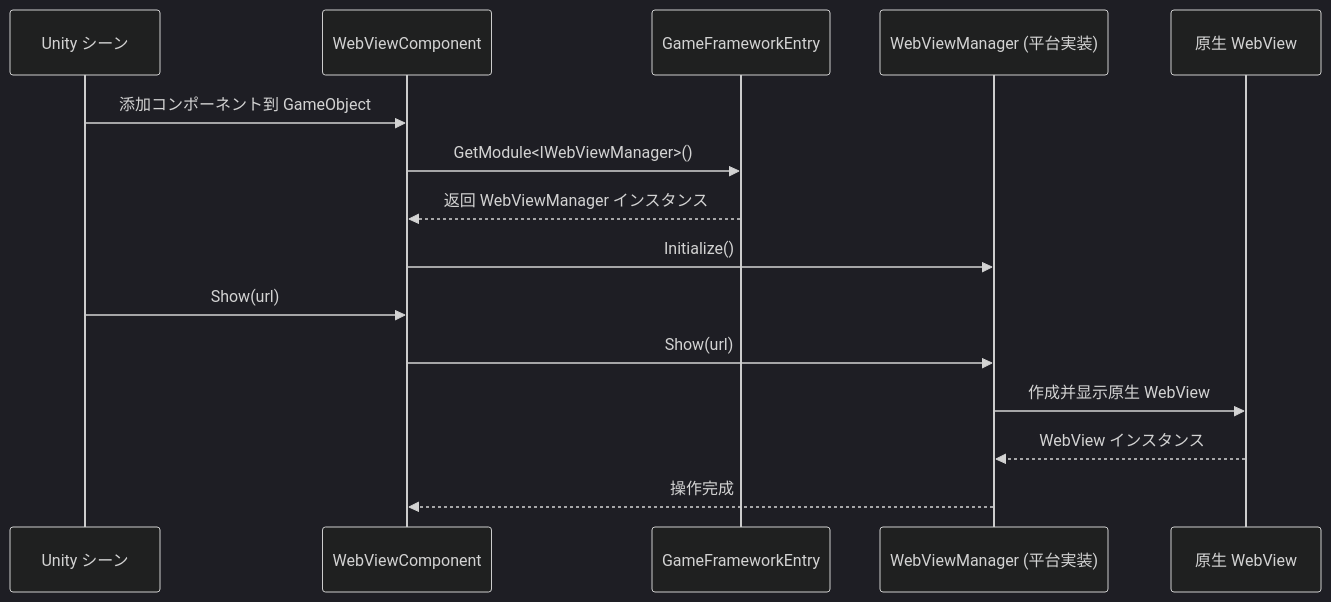
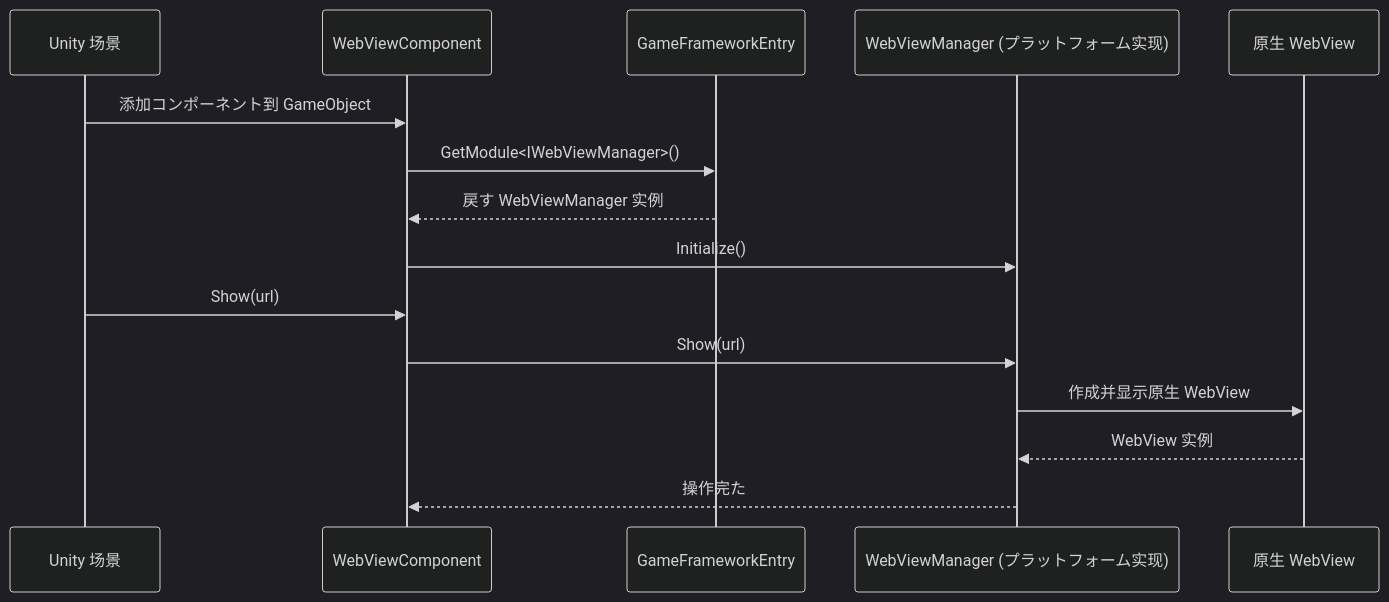
The third of 3 diagrams in docs/ja/client/unity/component/webview/07.troubleshooting.md (AlianBlank/GameFrameX.Docs), drawn with Mermaid (dark theme) before and after one commit. The commit also changed other lines of this file and 320 other files, not shown here.

````diff
--- a/docs/ja/client/unity/component/webview/07.troubleshooting.md
+++ b/docs/ja/client/unity/component/webview/07.troubleshooting.md
@@ -272,18 +272,18 @@
 ```mermaid
 sequenceDiagram
-    participant U as Unity シーン
+    participant U as Unity 场景
     participant WVC as WebViewComponent
     participant GFE as GameFrameworkEntry
-    participant WMM as WebViewManager (平台実装)
+    participant WMM as WebViewManager (プラットフォーム实现)
     participant Native as 原生 WebView
 
     U->>WVC: 添加コンポーネント到 GameObject
     WVC->>GFE: GetModule<IWebViewManager>()
-    GFE-->>WVC: 返回 WebViewManager インスタンス
+    GFE-->>WVC: 戻す WebViewManager 实例
     WVC->>WMM: Initialize()
     U->>WVC: Show(url)
     WVC->>WMM: Show(url)
     WMM->>Native: 作成并显示原生 WebView
-    Native-->>WMM: WebView インスタンス
-    WMM-->>WVC: 操作完成
+    Native-->>WMM: WebView 实例
+    WMM-->>WVC: 操作完た
 ```
````
